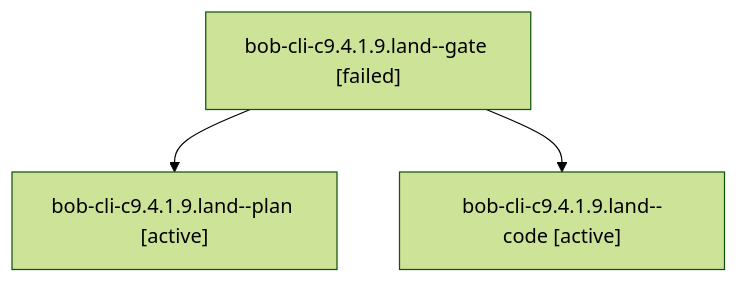
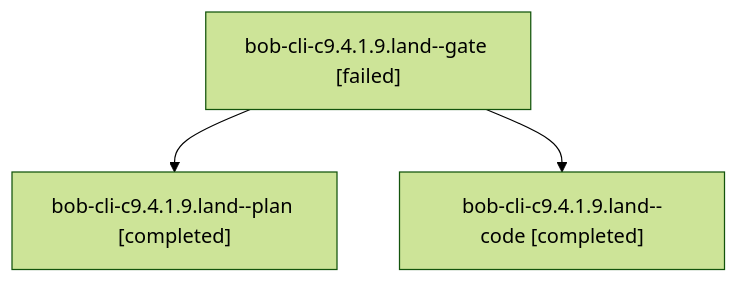
The diagram in sessions/bbugyi200.athena.bob-cli-c9.4.1.9.land.md (bobs-org/bob-cli--agents), drawn with Mermaid (forest theme) before and after one commit. The commit also changed other lines of this file and 142 other files, not shown here.

````diff
--- a/sessions/bbugyi200.athena.bob-cli-c9.4.1.9.land.md
+++ b/sessions/bbugyi200.athena.bob-cli-c9.4.1.9.land.md
@@ -9,8 +9,8 @@
 ```mermaid
 flowchart TD
   n0["bob-cli-c9.4.1.9.land--gate [failed]"]
-  n1["bob-cli-c9.4.1.9.land--plan [active]"]
+  n1["bob-cli-c9.4.1.9.land--plan [completed]"]
   n0 --> n1
-  n2["bob-cli-c9.4.1.9.land--code [active]"]
+  n2["bob-cli-c9.4.1.9.land--code [completed]"]
   n0 --> n2
 ```
````
